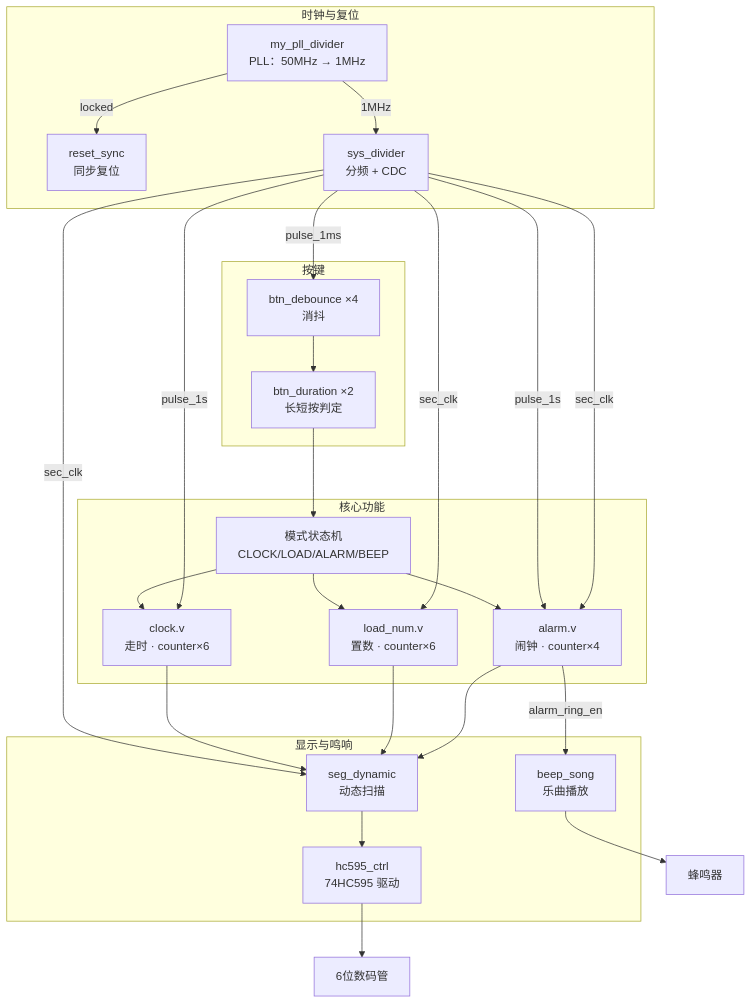
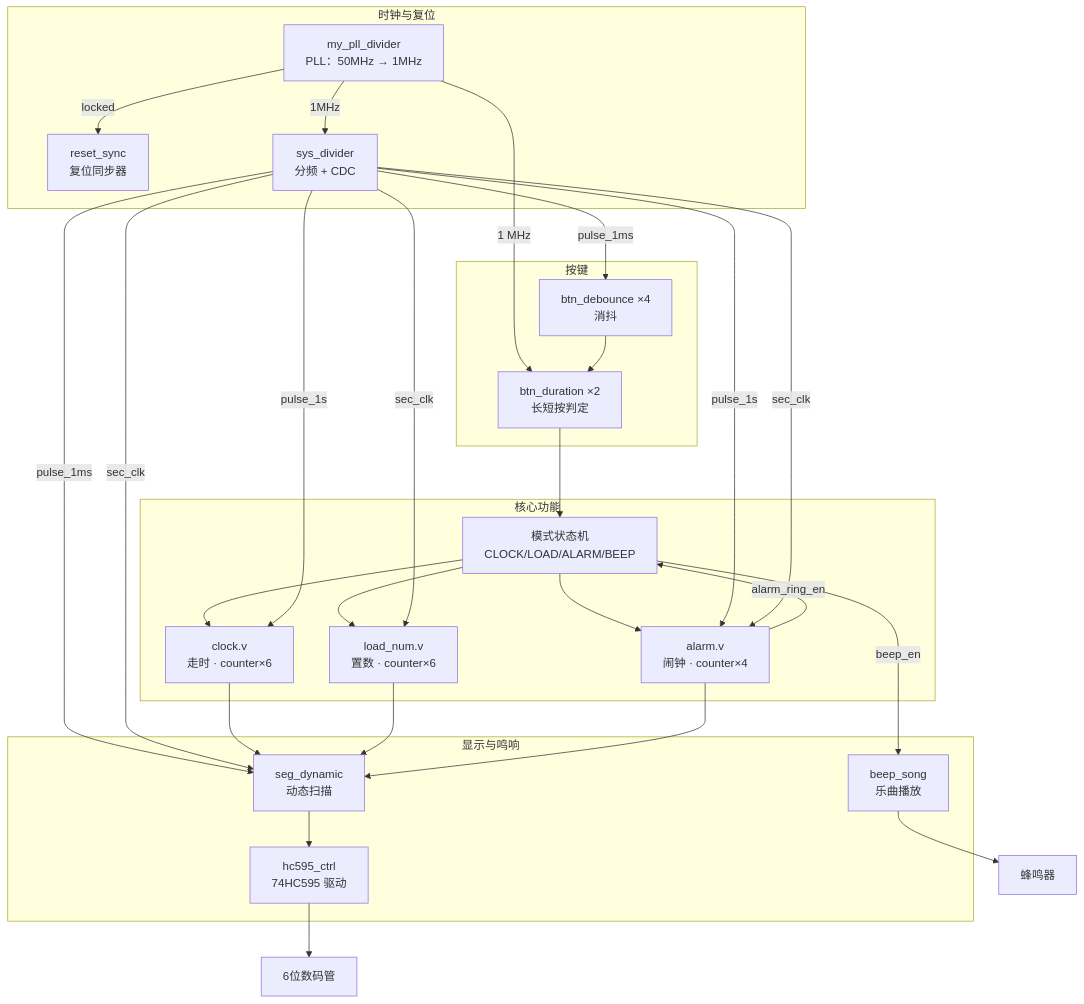
The diagram in README.md (Unlimited-Rule-Book/fpga-digital-clock), drawn with Mermaid before and after one commit. The commit also changed other lines of this file and 3 other files, not shown here.

````diff
--- a/README.md
+++ b/README.md
@@ -131,47 +128,50 @@
 ```mermaid
 flowchart TB
     subgraph clk["时钟与复位"]
         PLL["my_pll_divider<br/>PLL：50MHz → 1MHz"]
-        RST["reset_sync<br/>同步复位"]
+        RST["reset_sync<br/>复位同步器"]
         DIV["sys_divider<br/>分频 + CDC"]
     end
 
     subgraph key["按键"]
         DB["btn_debounce ×4<br/>消抖"]
         DUR["btn_duration ×2<br/>长短按判定"]
     end
 
     subgraph core["核心功能"]
         FSM["模式状态机<br/>CLOCK/LOAD/ALARM/BEEP"]
         CLK["clock.v<br/>走时 · counter×6"]
         NUM["load_num.v<br/>置数 · counter×6"]
         ALM["alarm.v<br/>闹钟 · counter×4"]
     end
 
     subgraph out["显示与鸣响"]
         SEG["seg_dynamic<br/>动态扫描"]
         HC["hc595_ctrl<br/>74HC595 驱动"]
         BEEP["beep_song<br/>乐曲播放"]
     end
 
     PLL -->|1MHz| DIV
     PLL -->|locked| RST
+    PLL -->|1 MHz| DUR
     DIV -->|pulse_1ms| DB
     DB --> DUR
     DUR --> FSM
     FSM --> CLK
     FSM --> NUM
     FSM --> ALM
+    FSM -->|beep_en| BEEP
+    DIV -->|pulse_1ms| SEG
     DIV -->|pulse_1s| CLK
     DIV -->|pulse_1s| ALM
     DIV -->|sec_clk| NUM
     DIV -->|sec_clk| SEG
     DIV -->|sec_clk| ALM
     CLK --> SEG
     NUM --> SEG
     ALM --> SEG
     SEG --> HC
     HC --> LED["6位数码管"]
-    ALM -->|alarm_ring_en| BEEP
+    ALM -->|alarm_ring_en| FSM
     BEEP --> BUZ["蜂鸣器"]
 ```
````
